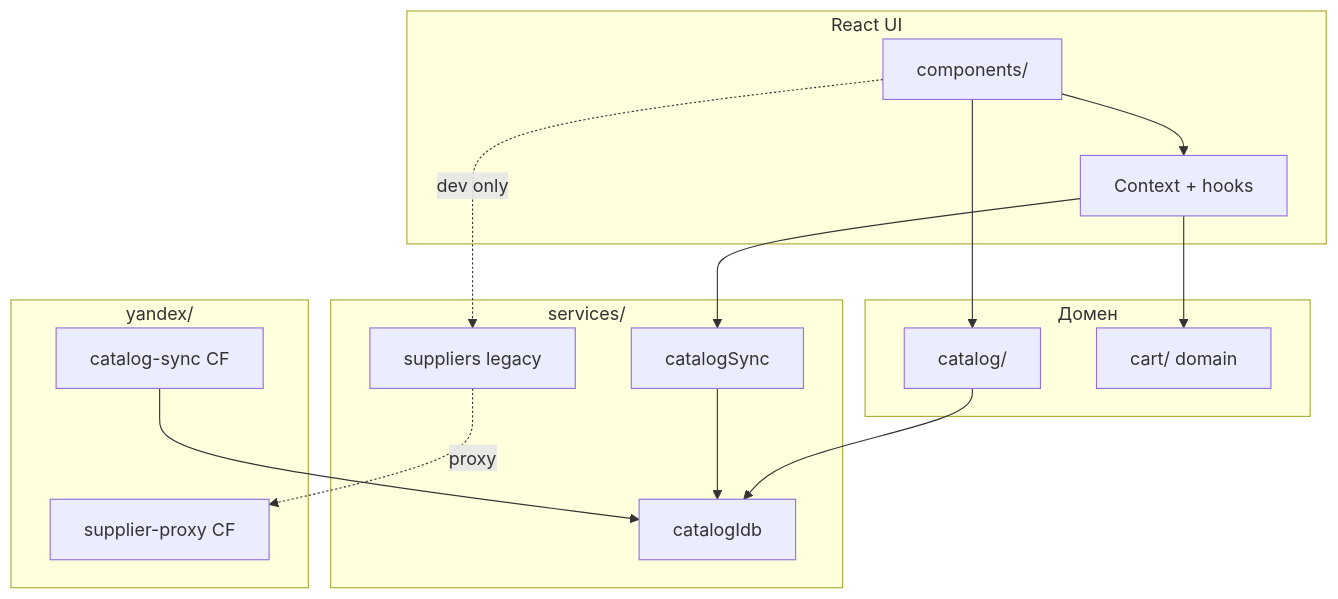
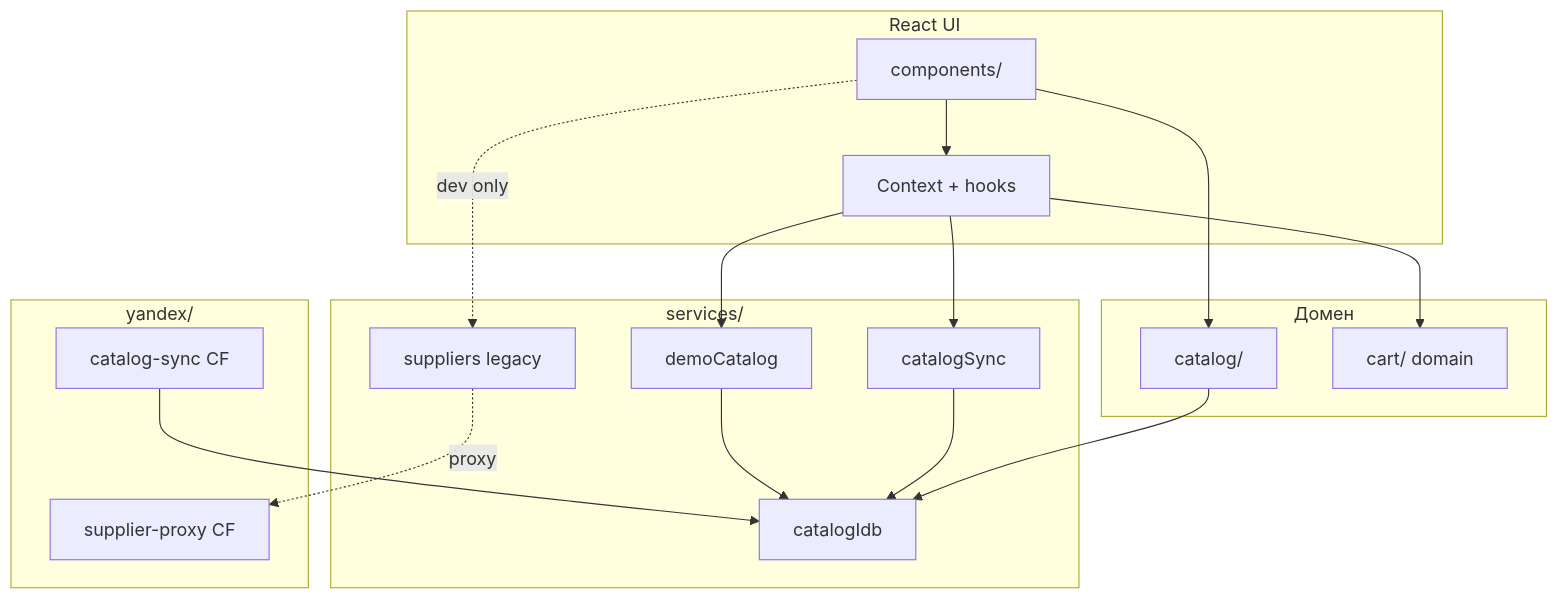
One commit to iscander-b10/tyres_discs changed the diagram in docs/13-code-reference/index.md. Above: the diagram before and after it, drawn with Mermaid. The commit also changed other lines of this file and 70 other files, not shown here.

First line of the commit message:
Add public /demo* catalog with a frozen snapshot and shared bootstrap curtain styling.

````diff
--- a/docs/13-code-reference/index.md
+++ b/docs/13-code-reference/index.md
@@ -39,33 +39,36 @@
 ```mermaid
 flowchart TB
   subgraph UI[React UI]
     Comp[components/]
     Ctx[Context + hooks]
   end
 
   subgraph Domain[Домен]
     Cat[catalog/]
     Cart[cart/ domain]
   end
 
   subgraph Svc[services/]
     IDB[catalogIdb]
     Sync[catalogSync]
+    Demo[demoCatalog]
     Sup[suppliers legacy]
   end
 
   subgraph Cloud[yandex/]
     CS[catalog-sync CF]
     SP[supplier-proxy CF]
   end
 
   Comp --> Ctx
   Comp --> Cat
   Ctx --> Cart
   Ctx --> Sync
+  Ctx --> Demo
   Cat --> IDB
   Sync --> IDB
+  Demo --> IDB
   CS --> IDB
   Comp -. dev only .-> Sup
   Sup -. proxy .-> SP
 ```
````
